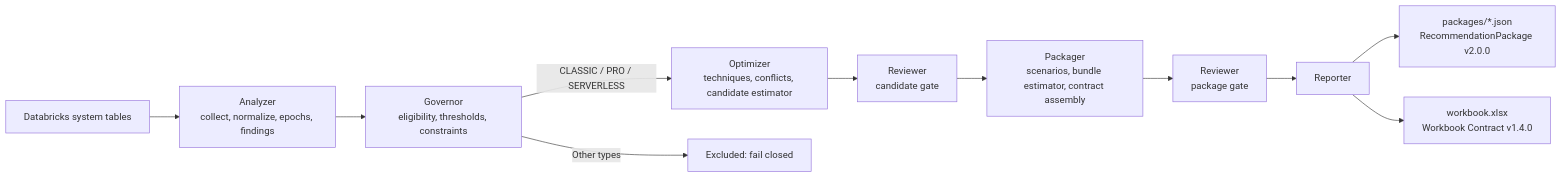
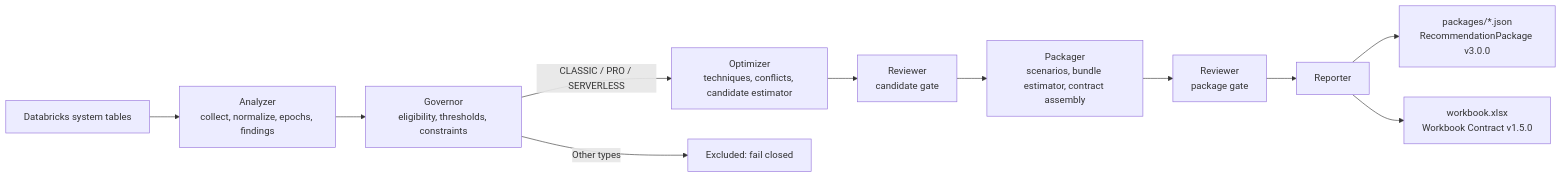
One commit to thiaga-gk/expert-funicular changed the diagram in README.md. Above: the diagram before and after it, drawn with Mermaid. The commit also changed other lines of this file and 131 other files, not shown here.

````diff
--- a/README.md
+++ b/README.md
@@ -19,13 +19,13 @@
 ```mermaid
 flowchart LR
     ST[Databricks system tables] --> A[Analyzer<br/>collect, normalize, epochs, findings]
     A --> G[Governor<br/>eligibility, thresholds, constraints]
     G -->|CLASSIC / PRO / SERVERLESS| O[Optimizer<br/>techniques, conflicts, candidate estimator]
     G -->|Other types| X[Excluded: fail closed]
     O --> R1[Reviewer<br/>candidate gate]
     R1 --> P[Packager<br/>scenarios, bundle estimator, contract assembly]
     P --> R2[Reviewer<br/>package gate]
     R2 --> RP[Reporter]
-    RP --> J[packages/*.json<br/>RecommendationPackage v2.0.0]
-    RP --> W[workbook.xlsx<br/>Workbook Contract v1.4.0]
+    RP --> J[packages/*.json<br/>RecommendationPackage v3.0.0]
+    RP --> W[workbook.xlsx<br/>Workbook Contract v1.5.0]
 ```
````
